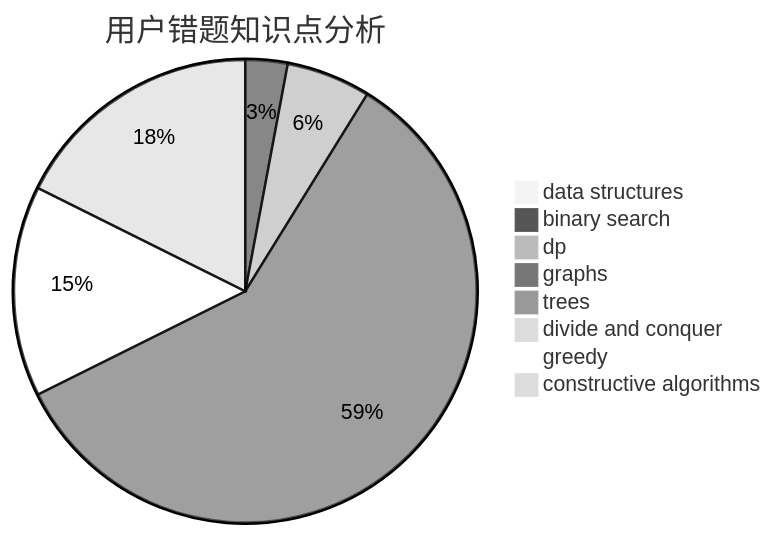
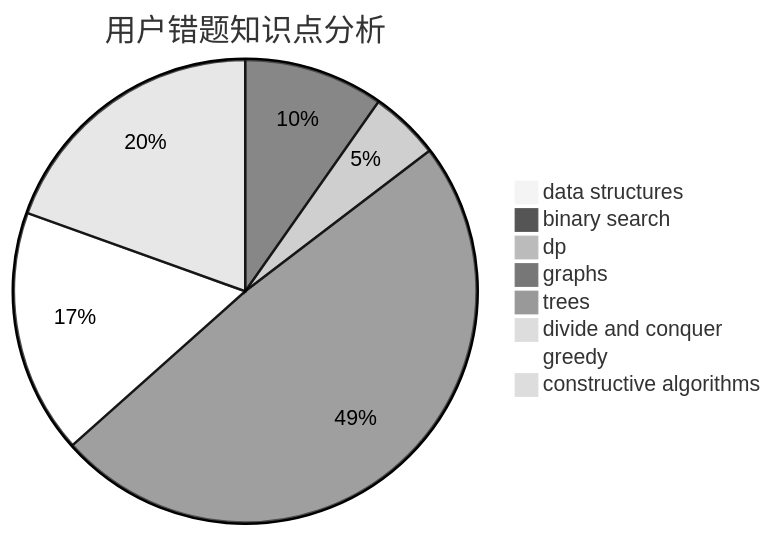
The third of 3 diagrams in docs/user/u967.md (sherpahu/cfrs.github.io), drawn with Mermaid (neutral theme) before and after one commit. The commit also changed other lines of this file and 2770 other files, not shown here.

````diff
--- a/docs/user/u967.md
+++ b/docs/user/u967.md
@@ -36,11 +36,11 @@
 ```mermaid
 pie title 用户错题知识点分析
     "data structures" :  0
-    "binary search" :  1
+    "binary search" :  4
     "dp" :  2
     "graphs" :  20
     "trees" :  0
     "divide and conquer" :  0
-    "greedy" :  5
-    "constructive algorithms" :  6
+    "greedy" :  7
+    "constructive algorithms" :  8
 ```
````
